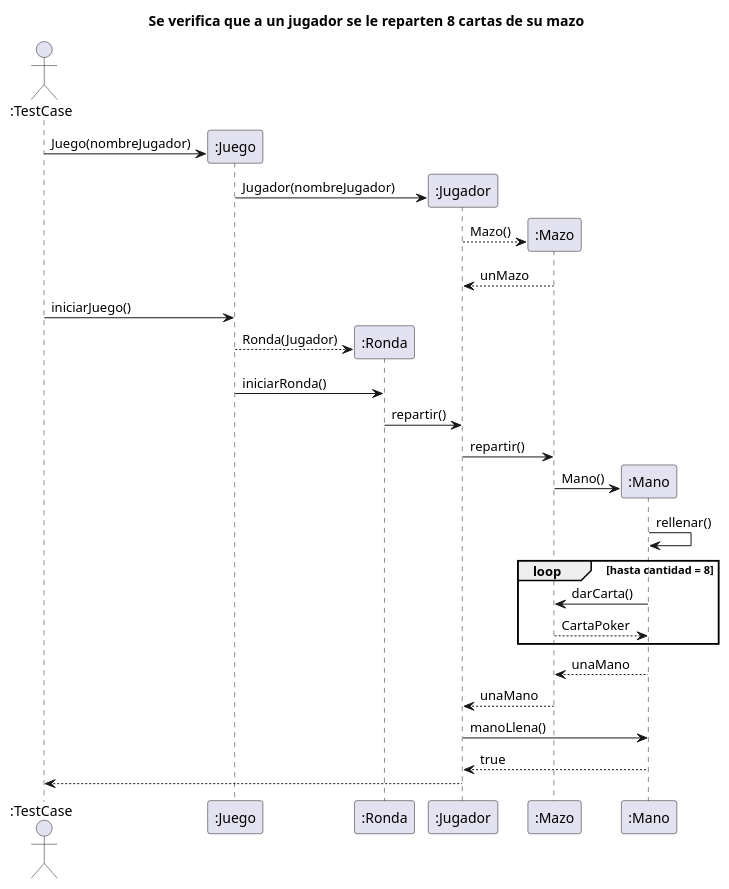
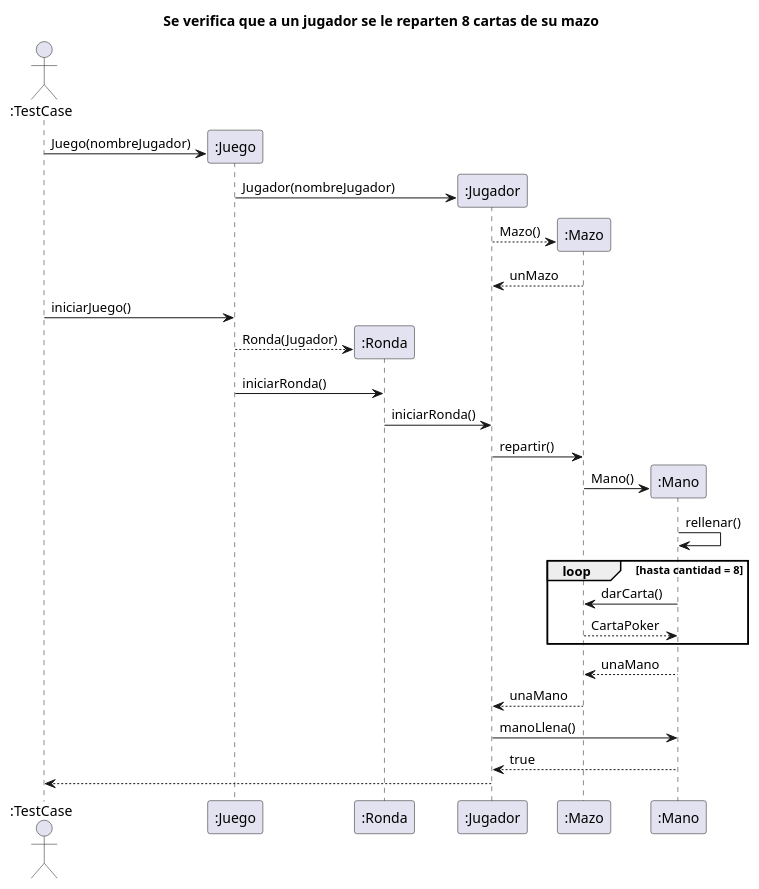
The diagram in diagrams/sequences/Entrega1/test03.puml (carruizdiaz1109/UBAlatro), drawn with PlantUML before and after one commit. The commit also changed 14 other files, not shown here.

```diff
--- a/diagrams/sequences/Entrega1/test03.puml
+++ b/diagrams/sequences/Entrega1/test03.puml
@@ -1,34 +1,34 @@
 @startuml
 'https://plantuml.com/sequence-diagram
 
 title Se verifica que a un jugador se le reparten 8 cartas de su mazo
 
 actor ":TestCase" as user
 participant ":Juego" as juego
 participant ":Ronda" as ronda
 participant ":Jugador" as jugador
 participant ":Mazo" as mazo
 participant ":Mano" as mano
 
 user -> juego**: Juego(nombreJugador)
 juego -> jugador**: Jugador(nombreJugador)
 jugador --> mazo **: Mazo()
 mazo --> jugador: unMazo
 user -> juego: iniciarJuego()
 
 juego --> ronda**: Ronda(Jugador)
 juego -> ronda: iniciarRonda()
-ronda -> jugador: repartir()
+ronda -> jugador: iniciarRonda()
 jugador -> mazo: repartir()
 mazo -> mano **: Mano()
 mano -> mano: rellenar()
 loop hasta cantidad = 8
     mano -> mazo: darCarta()
     mazo --> mano: CartaPoker
 end
 mano --> mazo: unaMano
 mazo --> jugador: unaMano
 jugador -> mano: manoLlena()
 mano --> jugador: true
 jugador --> user
 @enduml
```
